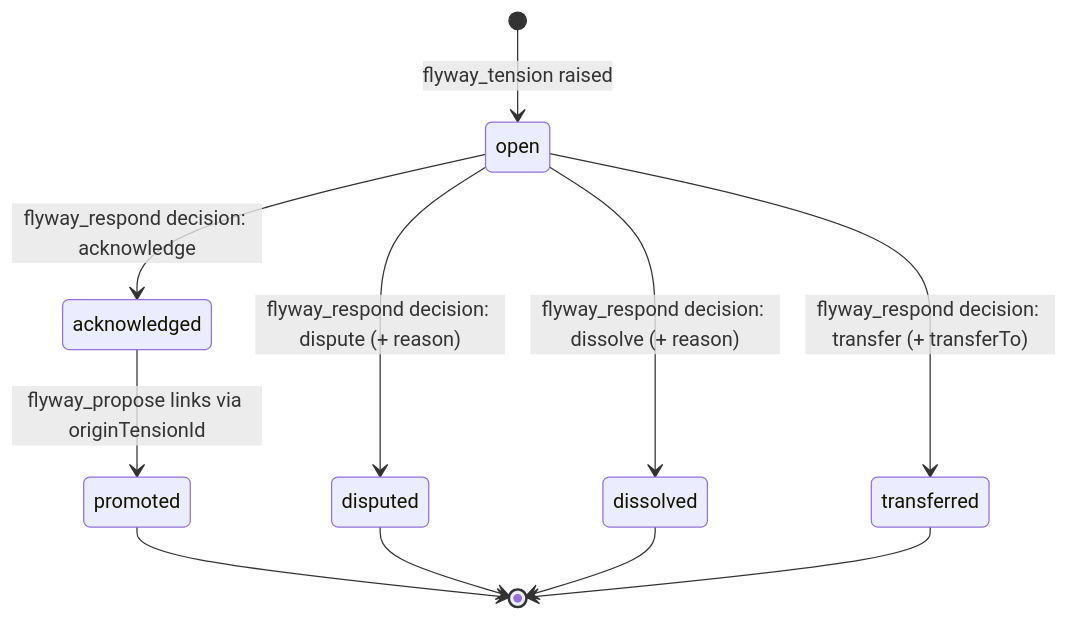
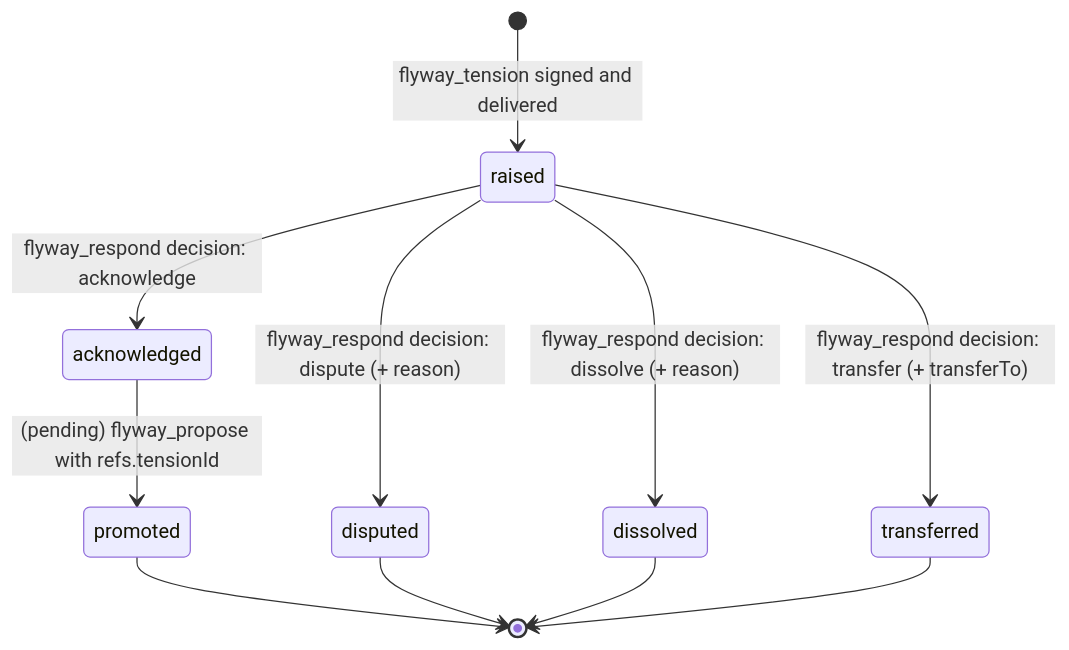
One commit to murmurations-ai/flyway changed the tenth of 13 diagrams in docs/architecture/how-flyway-works.md. Above: the diagram before and after it, drawn with Mermaid. The commit also changed other lines of this file and 4 other files, not shown here.

````diff
--- a/docs/architecture/how-flyway-works.md
+++ b/docs/architecture/how-flyway-works.md
@@ -267,13 +569,13 @@
 ```mermaid
 stateDiagram-v2
-  [*] --> open: flyway_tension raised
-  open --> acknowledged: flyway_respond decision: acknowledge
-  open --> disputed: flyway_respond decision: dispute (+ reason)
-  open --> dissolved: flyway_respond decision: dissolve (+ reason)
-  open --> transferred: flyway_respond decision: transfer (+ transferTo)
-  acknowledged --> promoted: flyway_propose links via originTensionId
+  [*] --> raised: flyway_tension signed and delivered
+  raised --> acknowledged: flyway_respond decision: acknowledge
+  raised --> disputed: flyway_respond decision: dispute (+ reason)
+  raised --> dissolved: flyway_respond decision: dissolve (+ reason)
+  raised --> transferred: flyway_respond decision: transfer (+ transferTo)
+  acknowledged --> promoted: (pending) flyway_propose with refs.tensionId
   promoted --> [*]
   disputed --> [*]
   dissolved --> [*]
   transferred --> [*]
 ```
````
